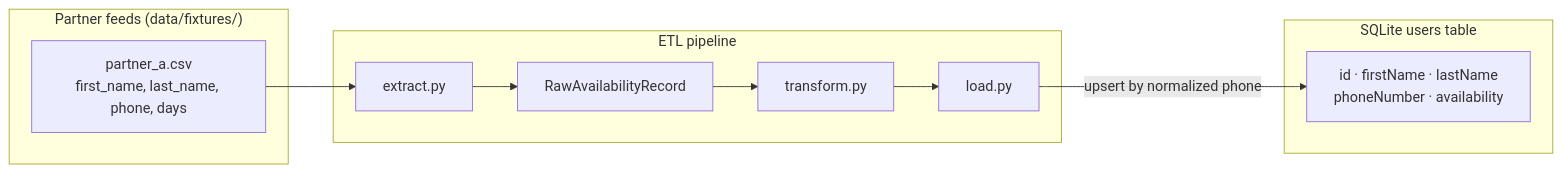
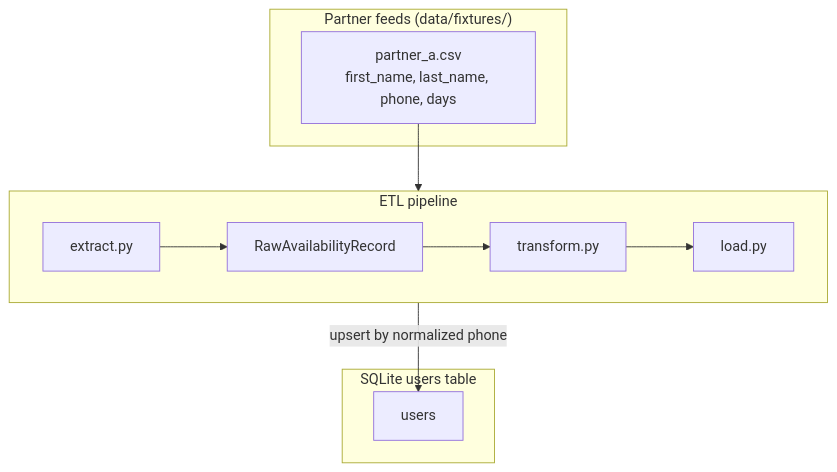
The diagram in etl/README.md (cityblock/cbh-tech-interview), drawn with Mermaid before and after one commit. The commit also changed other lines of this file, not shown here.

First line of the commit message:
Add users table schema and improve ETL diagram layout.

````diff
--- a/etl/README.md
+++ b/etl/README.md
@@ -25,23 +25,22 @@
 ```mermaid
-flowchart LR
+flowchart TB
   subgraph feeds["Partner feeds (data/fixtures/)"]
     partner_a["partner_a.csv<br/>first_name, last_name, phone, days"]
   end
 
   subgraph pipeline["ETL pipeline"]
+    direction LR
     extract["extract.py"]
     record["RawAvailabilityRecord"]
     transform["transform.py"]
     load["load.py"]
+    extract --> record --> transform --> load
   end
 
   subgraph db["SQLite users table"]
-    users["id · firstName · lastName<br/>phoneNumber · availability"]
+    users["users"]
   end
 
   partner_a --> extract
-  extract --> record
-  record --> transform
-  transform --> load
   load -->|"upsert by normalized phone"| users
 ```
````
